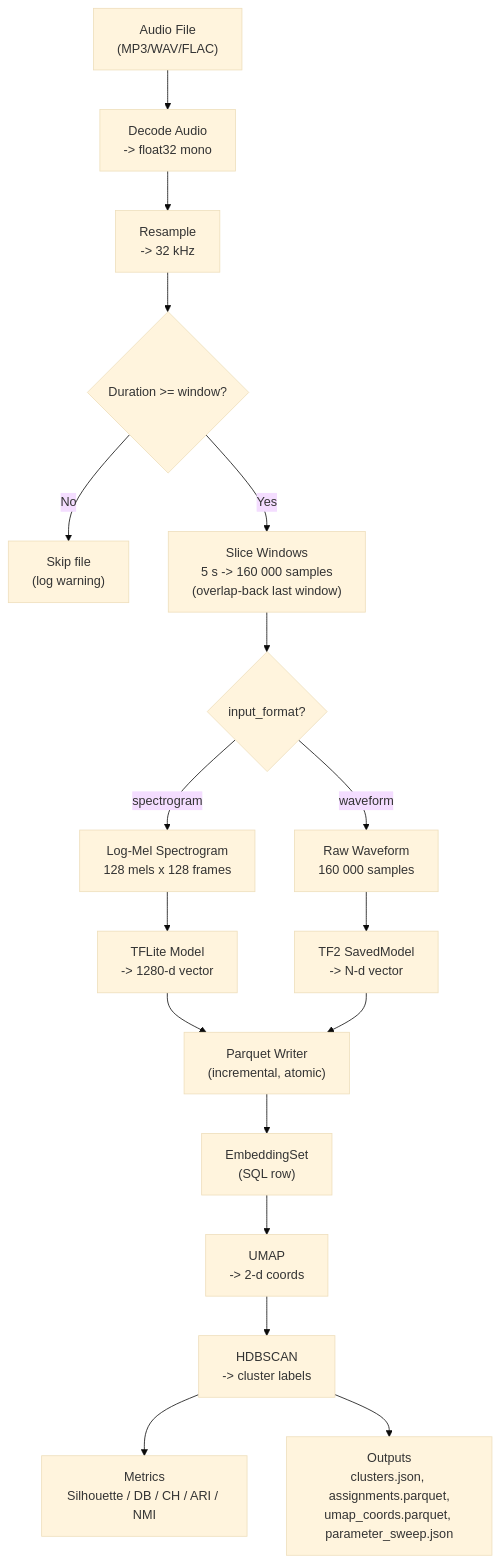
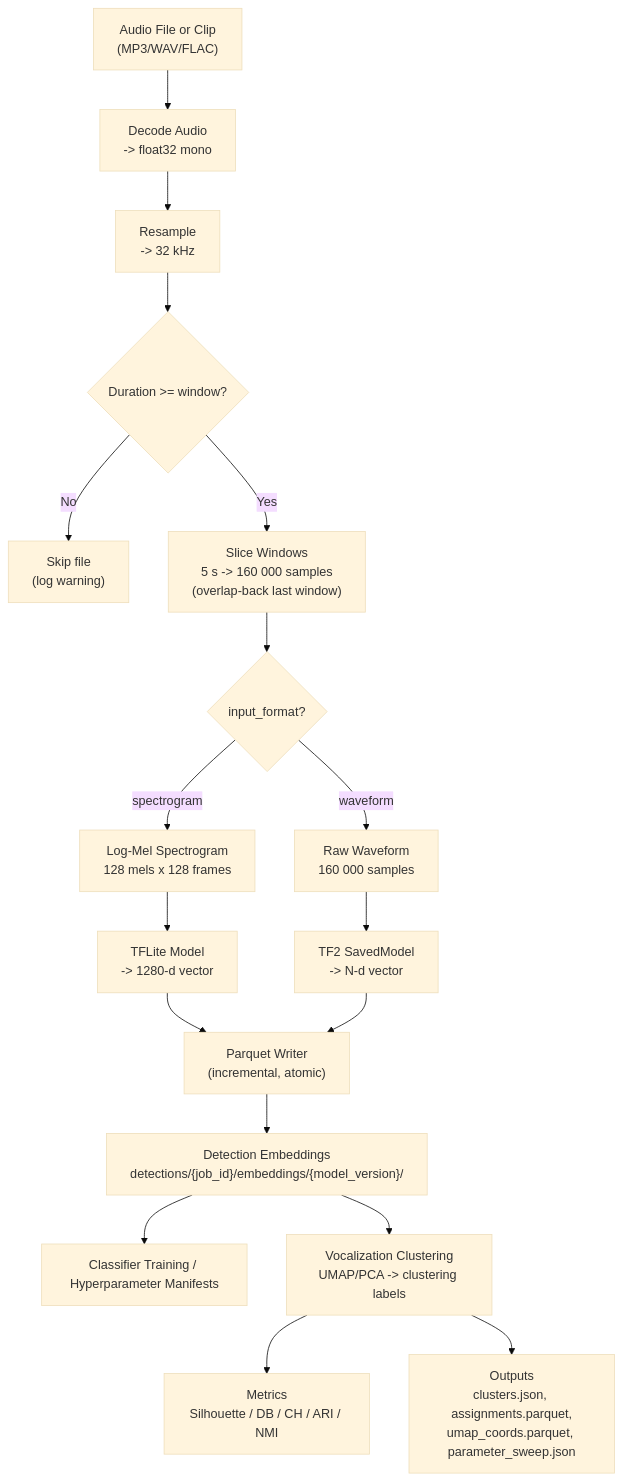
The diagram in docs/reference/signal-processing.md (mfaulhaber/humpback-acoustic-embed), drawn with Mermaid (base theme) before and after one commit. The commit also changed other lines of this file and 157 other files, not shown here.

````diff
--- a/docs/reference/signal-processing.md
+++ b/docs/reference/signal-processing.md
@@ -65,20 +64,20 @@
 ```mermaid
 flowchart TD
-    A["Audio File<br/>(MP3/WAV/FLAC)"] --> B["Decode Audio<br/>-> float32 mono"]
+    A["Audio File or Clip<br/>(MP3/WAV/FLAC)"] --> B["Decode Audio<br/>-> float32 mono"]
     B --> C["Resample<br/>-> 32 kHz"]
     C --> D{"Duration >= window?"}
     D -- No --> D2["Skip file<br/>(log warning)"]
     D -- Yes --> D3["Slice Windows<br/>5 s -> 160 000 samples<br/>(overlap-back last window)"]
     D3 --> E{input_format?}
     E -- spectrogram --> F["Log-Mel Spectrogram<br/>128 mels x 128 frames"]
     E -- waveform --> G["Raw Waveform<br/>160 000 samples"]
     F --> H["TFLite Model<br/>-> 1280-d vector"]
     G --> I["TF2 SavedModel<br/>-> N-d vector"]
     H --> J["Parquet Writer<br/>(incremental, atomic)"]
     I --> J
-    J --> K["EmbeddingSet<br/>(SQL row)"]
-    K --> L["UMAP<br/>-> 2-d coords"]
-    L --> M["HDBSCAN<br/>-> cluster labels"]
+    J --> K["Detection Embeddings<br/>detections/{job_id}/embeddings/{model_version}/"]
+    K --> L["Classifier Training / Hyperparameter Manifests"]
+    K --> M["Vocalization Clustering<br/>UMAP/PCA -> clustering labels"]
     M --> N["Metrics<br/>Silhouette / DB / CH / ARI / NMI"]
     M --> O["Outputs<br/>clusters.json, assignments.parquet,<br/>umap_coords.parquet, parameter_sweep.json"]
 ```
````
